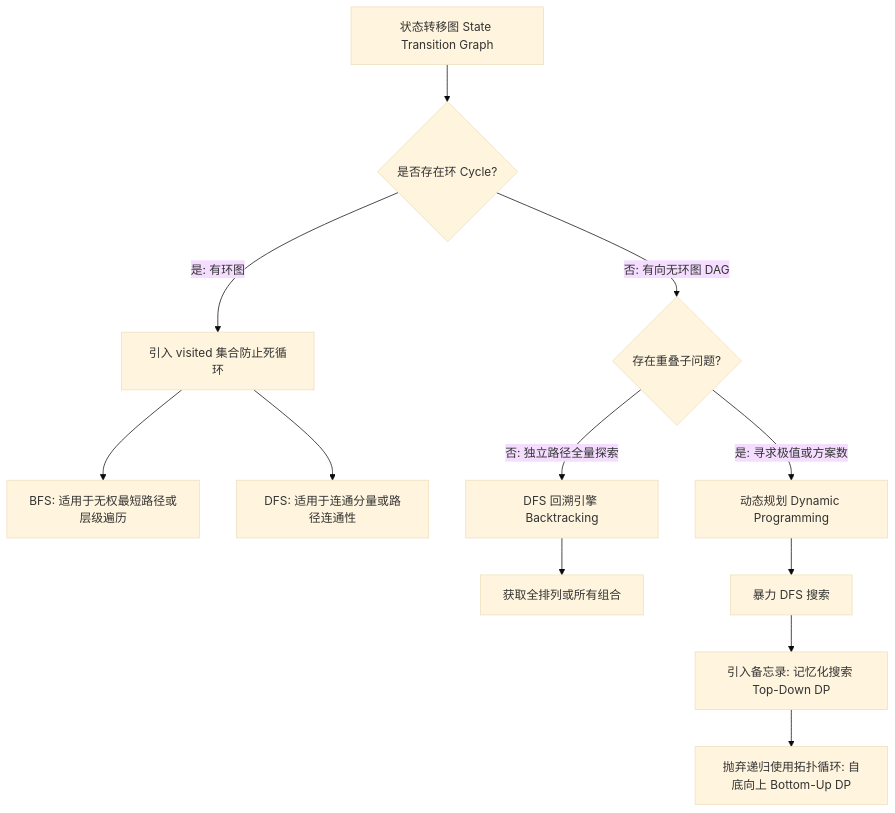
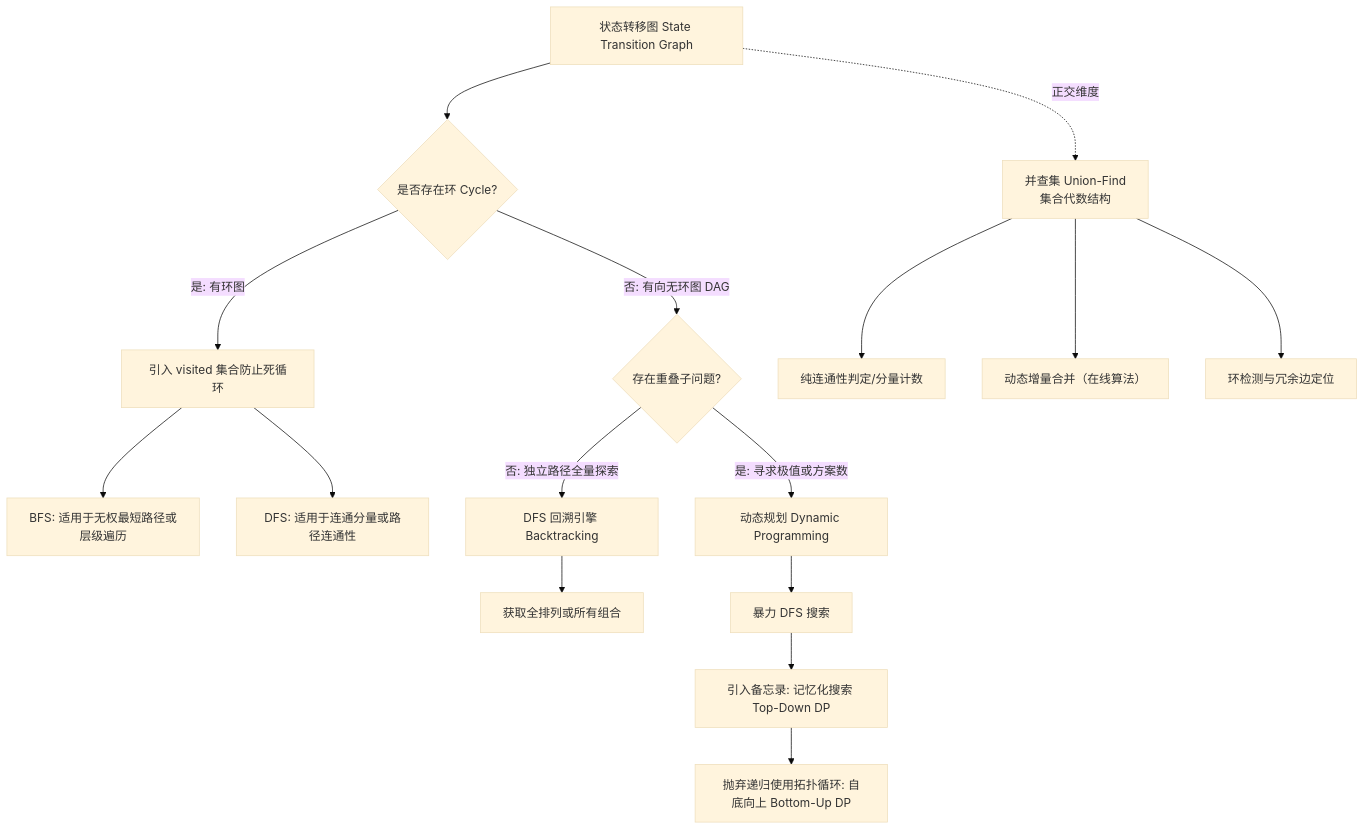
The diagram in algorithm/graph.00.StateTransitionTheory.md (fangzhzh/leetcode), drawn with Mermaid (base theme) before and after one commit. The commit also changed other lines of this file and 7 other files, not shown here.

Commit message:
add currency exchange DFS solution, concurrency notes, graph/union-find updates

````diff
--- a/algorithm/graph.00.StateTransitionTheory.md
+++ b/algorithm/graph.00.StateTransitionTheory.md
@@ -8,18 +8,23 @@
 ```mermaid
 graph TD
     A[状态转移图 State Transition Graph] --> B{是否存在环 Cycle?}
     
     B -- 是: 有环图 --> C[引入 visited 集合防止死循环]
     C --> D[BFS: 适用于无权最短路径或层级遍历]
     C --> E[DFS: 适用于连通分量或路径连通性]
     
     B -- 否: 有向无环图 DAG --> F{存在重叠子问题?}
     
     F -- 否: 独立路径全量探索 --> G[DFS 回溯引擎 Backtracking]
     G --> G1[获取全排列或所有组合]
     
     F -- 是: 寻求极值或方案数 --> H[动态规划 Dynamic Programming]
     H --> H1[暴力 DFS 搜索]
     H1 --> H2[引入备忘录: 记忆化搜索 Top-Down DP]
     H2 --> H3[抛弃递归使用拓扑循环: 自底向上 Bottom-Up DP]
+
+    A -. 正交维度 .-> UF["并查集 Union-Find<br/>集合代数结构"]
+    UF --> UF1["纯连通性判定/分量计数"]
+    UF --> UF2["动态增量合并（在线算法）"]
+    UF --> UF3["环检测与冗余边定位"]
 ```
````
